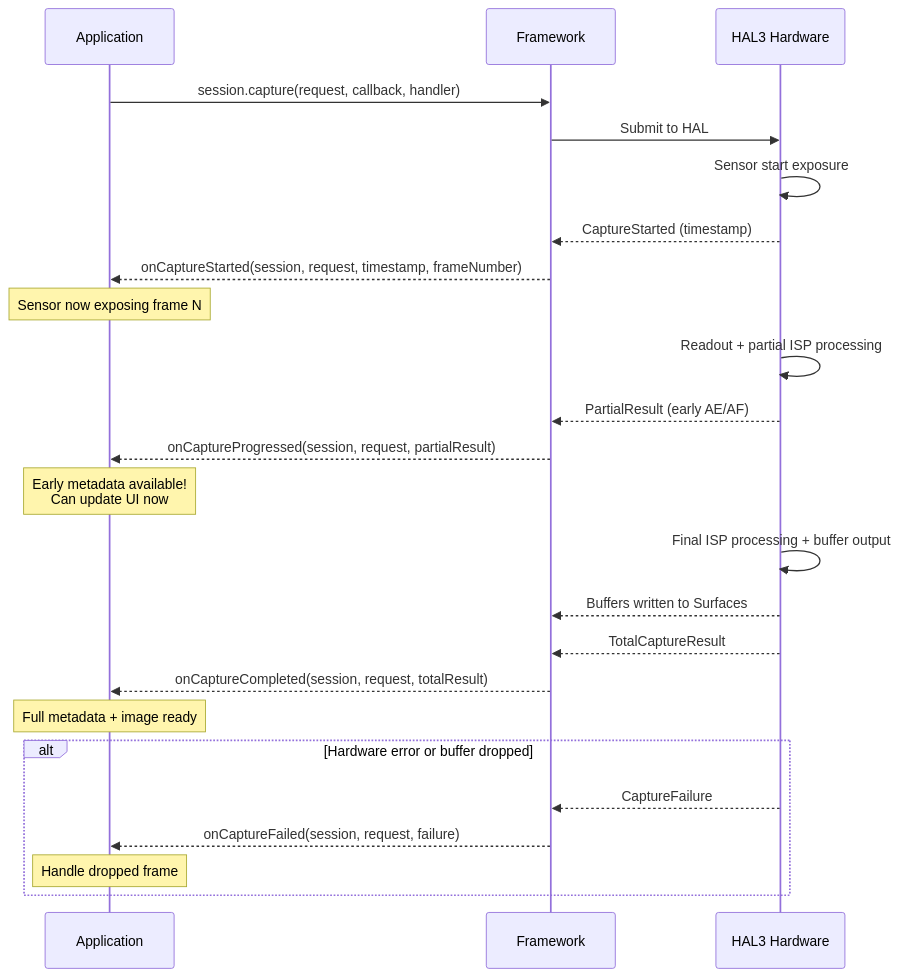
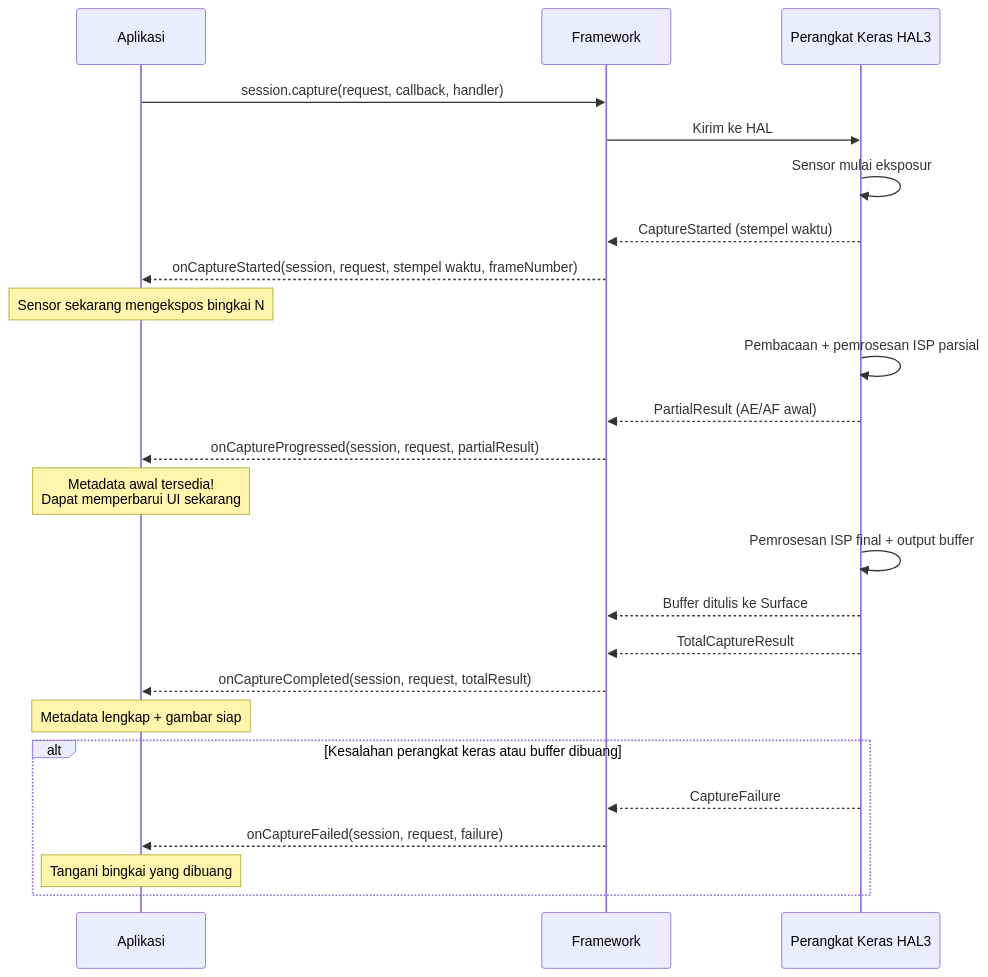
One commit to zoozooll/AndroidCameraParameters changed the second of 4 diagrams in website/i18n/id/docusaurus-plugin-content-docs/current/camera2/the-camera2-pipeline.md. Above: the diagram before and after it, drawn with Mermaid. The commit also changed other lines of this file and 378 other files, not shown here.

````diff
--- a/website/i18n/id/docusaurus-plugin-content-docs/current/camera2/the-camera2-pipeline.md
+++ b/website/i18n/id/docusaurus-plugin-content-docs/current/camera2/the-camera2-pipeline.md
@@ -223,31 +223,31 @@
 ```mermaid
 sequenceDiagram
-    participant App as Application
+    participant App as Aplikasi
     participant FR as Framework
-    participant HAL as HAL3 Hardware
+    participant HAL as Perangkat Keras HAL3
 
     App->>FR: session.capture(request, callback, handler)
-    FR->>HAL: Submit to HAL
-    HAL->>HAL: Sensor start exposure
+    FR->>HAL: Kirim ke HAL
+    HAL->>HAL: Sensor mulai eksposur
     
-    HAL-->>FR: CaptureStarted (timestamp)
-    FR-->>App: onCaptureStarted(session, request, timestamp, frameNumber)
-    Note over App: Sensor now exposing frame N
+    HAL-->>FR: CaptureStarted (stempel waktu)
+    FR-->>App: onCaptureStarted(session, request, stempel waktu, frameNumber)
+    Note over App: Sensor sekarang mengekspos bingkai N
 
-    HAL->>HAL: Readout + partial ISP processing
-    HAL-->>FR: PartialResult (early AE/AF)
+    HAL->>HAL: Pembacaan + pemrosesan ISP parsial
+    HAL-->>FR: PartialResult (AE/AF awal)
     FR-->>App: onCaptureProgressed(session, request, partialResult)
-    Note over App: Early metadata available!<br/>Can update UI now
+    Note over App: Metadata awal tersedia!<br/>Dapat memperbarui UI sekarang
 
-    HAL->>HAL: Final ISP processing + buffer output
-    HAL-->>FR: Buffers written to Surfaces
+    HAL->>HAL: Pemrosesan ISP final + output buffer
+    HAL-->>FR: Buffer ditulis ke Surface
     HAL-->>FR: TotalCaptureResult
     FR-->>App: onCaptureCompleted(session, request, totalResult)
-    Note over App: Full metadata + image ready
+    Note over App: Metadata lengkap + gambar siap
 
-    alt Hardware error or buffer dropped
+    alt Kesalahan perangkat keras atau buffer dibuang
         HAL-->>FR: CaptureFailure
         FR-->>App: onCaptureFailed(session, request, failure)
-        Note over App: Handle dropped frame
+        Note over App: Tangani bingkai yang dibuang
     end
 ```
````
